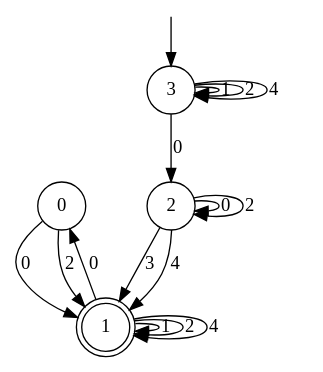
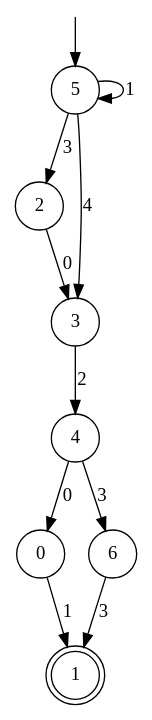
One commit to xinqin23/ShapeIt changed the diagram in automaton_to_regex/automaton.dot. Above: the diagram before and after it, drawn with Graphviz. The commit also changed 5 other files, not shown here.

```diff
--- a/automaton_to_regex/automaton.dot
+++ b/automaton_to_regex/automaton.dot
@@ -1,25 +1,23 @@
 digraph g {
 
 	s0 [shape="circle" label="0"];
 	s1 [shape="doublecircle" label="1"];
 	s2 [shape="circle" label="2"];
 	s3 [shape="circle" label="3"];
-	s0 -> s1 [label="0"];
-	s0 -> s1 [label="2"];
-	s1 -> s0 [label="0"];
-	s1 -> s1 [label="1"];
-	s1 -> s1 [label="2"];
-	s1 -> s1 [label="4"];
-	s2 -> s2 [label="0"];
-	s2 -> s2 [label="2"];
-	s2 -> s1 [label="3"];
-	s2 -> s1 [label="4"];
-	s3 -> s2 [label="0"];
-	s3 -> s3 [label="1"];
-	s3 -> s3 [label="2"];
-	s3 -> s3 [label="4"];
+	s4 [shape="circle" label="4"];
+	s5 [shape="circle" label="5"];
+	s6 [shape="circle" label="6"];
+	s0 -> s1 [label="1"];
+	s2 -> s3 [label="0"];
+	s3 -> s4 [label="2"];
+	s4 -> s0 [label="0"];
+	s4 -> s6 [label="3"];
+	s5 -> s5 [label="1"];
+	s5 -> s2 [label="3"];
+	s5 -> s3 [label="4"];
+	s6 -> s1 [label="3"];
 
 __start0 [label="" shape="none" width="0" height="0"];
-__start0 -> s3;
+__start0 -> s5;
 
 }
```
